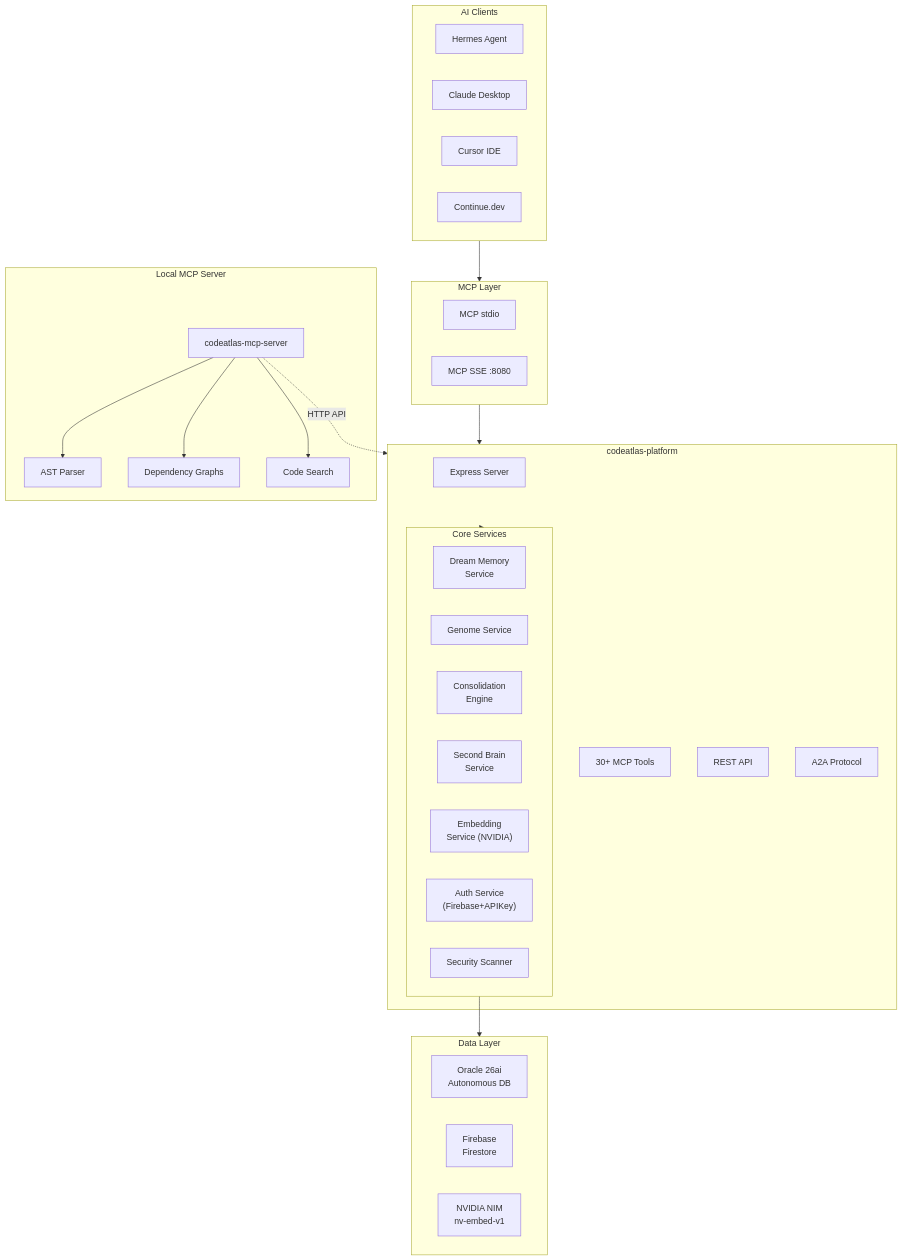
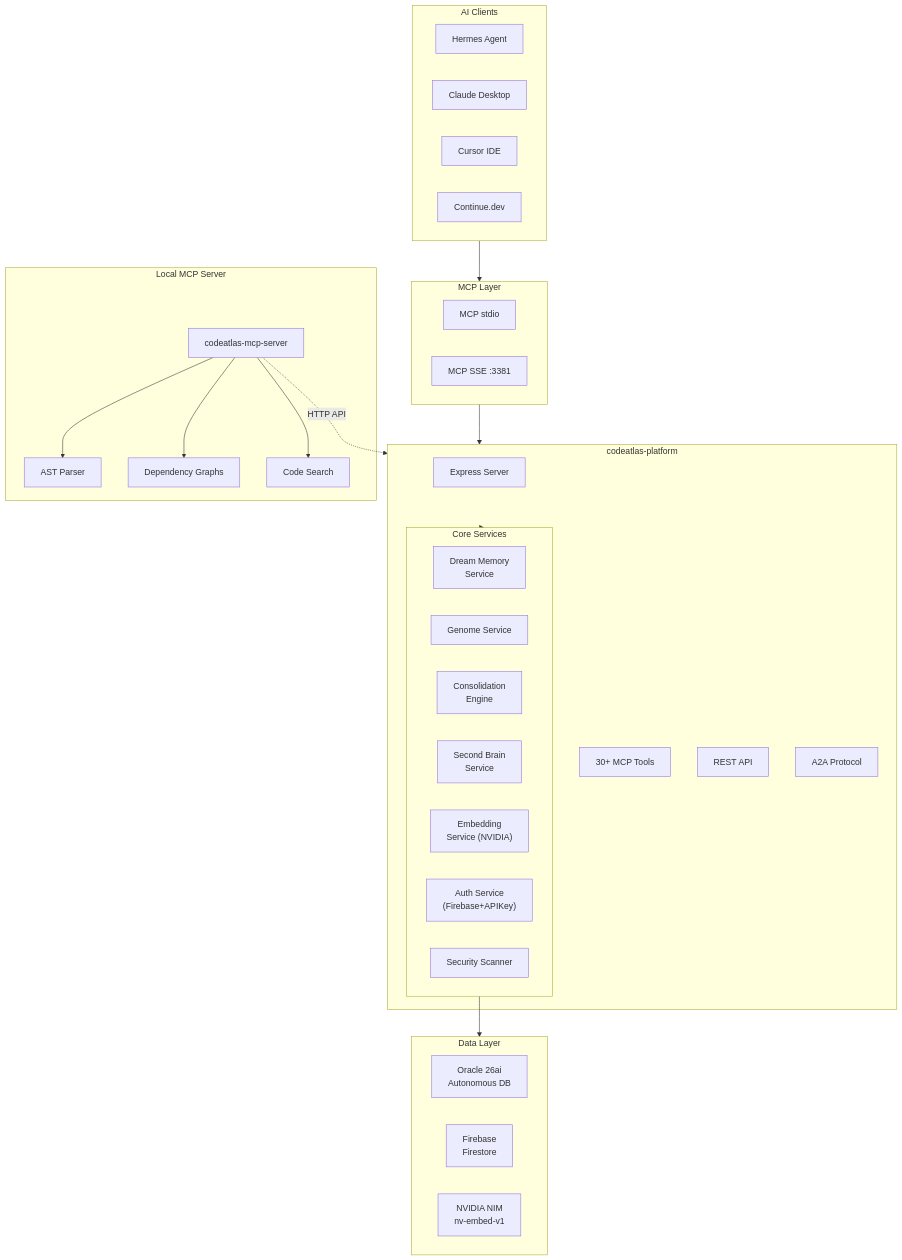
Before and after one commit to giauphan/codeatlas-platform: the diagram in docs/diagrams/system.mmd, drawn with Mermaid. The commit also changed 7 other files, not shown here.

```diff
--- a/docs/diagrams/system.mmd
+++ b/docs/diagrams/system.mmd
@@ -1,51 +1,51 @@
 flowchart TB
     subgraph Clients["AI Clients"]
         Hermes["Hermes Agent"]
         Claude["Claude Desktop"]
         Cursor["Cursor IDE"]
         Continue["Continue.dev"]
     end
 
     subgraph MCPLayer["MCP Layer"]
         MCPstdio["MCP stdio"]
-        MCPsse["MCP SSE :8080"]
+        MCPsse["MCP SSE :3381"]
     end
 
     subgraph Platform["codeatlas-platform"]
         Express["Express Server"]
         MCPTools["30+ MCP Tools"]
         REST["REST API"]
         A2A["A2A Protocol"]
         
         subgraph Services["Core Services"]
             Dreams["Dream Memory<br/>Service"]
             Genome["Genome Service"]
             Consolidation["Consolidation<br/>Engine"]
             SecondBrain["Second Brain<br/>Service"]
             Embedding["Embedding<br/>Service (NVIDIA)"]
             Auth["Auth Service<br/>(Firebase+APIKey)"]
             Scanner["Security Scanner"]
         end
     end
 
     subgraph DataLayer["Data Layer"]
         Oracle["Oracle 26ai<br/>Autonomous DB"]
         Firebase["Firebase<br/>Firestore"]
         NVIDIA["NVIDIA NIM<br/>nv-embed-v1"]
     end
 
     subgraph Local["Local MCP Server"]
         MCPServer["codeatlas-mcp-server"]
         AST["AST Parser"]
         DepGraph["Dependency Graphs"]
         CodeSearch["Code Search"]
     end
 
     Clients --> MCPLayer
     MCPLayer --> Platform
     Platform --> Services
     Services --> DataLayer
     MCPServer --> AST
     MCPServer --> DepGraph
     MCPServer --> CodeSearch
     MCPServer -.->|HTTP API| Platform
```
